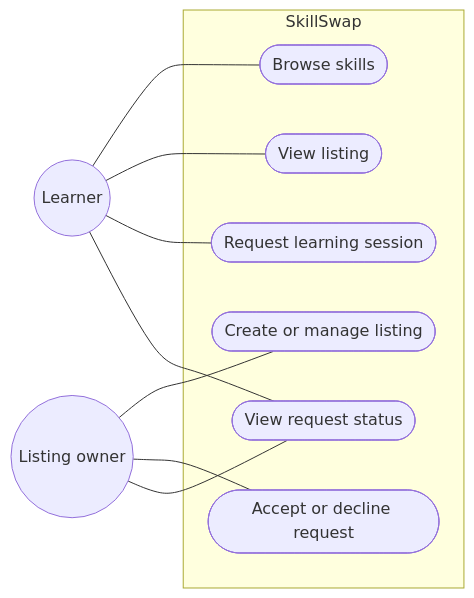
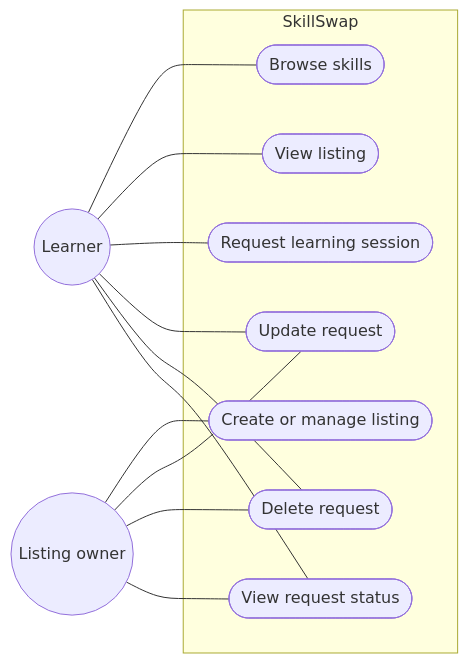
Before and after one commit to Saker001/2230957-S6-SkillSwap: the second of 4 diagrams in docs/02-srs.md, drawn with Mermaid. The commit also changed other lines of this file and 13 other files, not shown here.

````diff
--- a/docs/02-srs.md
+++ b/docs/02-srs.md
@@ -74,20 +74,24 @@
 ```mermaid
 flowchart LR
     Learner((Learner))
     Teacher((Listing owner))
     subgraph System[SkillSwap]
         UC1([Browse skills])
         UC2([View listing])
         UC3([Create or manage listing])
         UC4([Request learning session])
-        UC5([Accept or decline request])
-        UC6([View request status])
+        UC5([Update request])
+        UC6([Delete request])
+        UC7([View request status])
     end
     Learner --- UC1
     Learner --- UC2
     Teacher --- UC3
     Learner --- UC4
+    Learner --- UC5
     Teacher --- UC5
     Learner --- UC6
     Teacher --- UC6
+    Learner --- UC7
+    Teacher --- UC7
 ```
````
